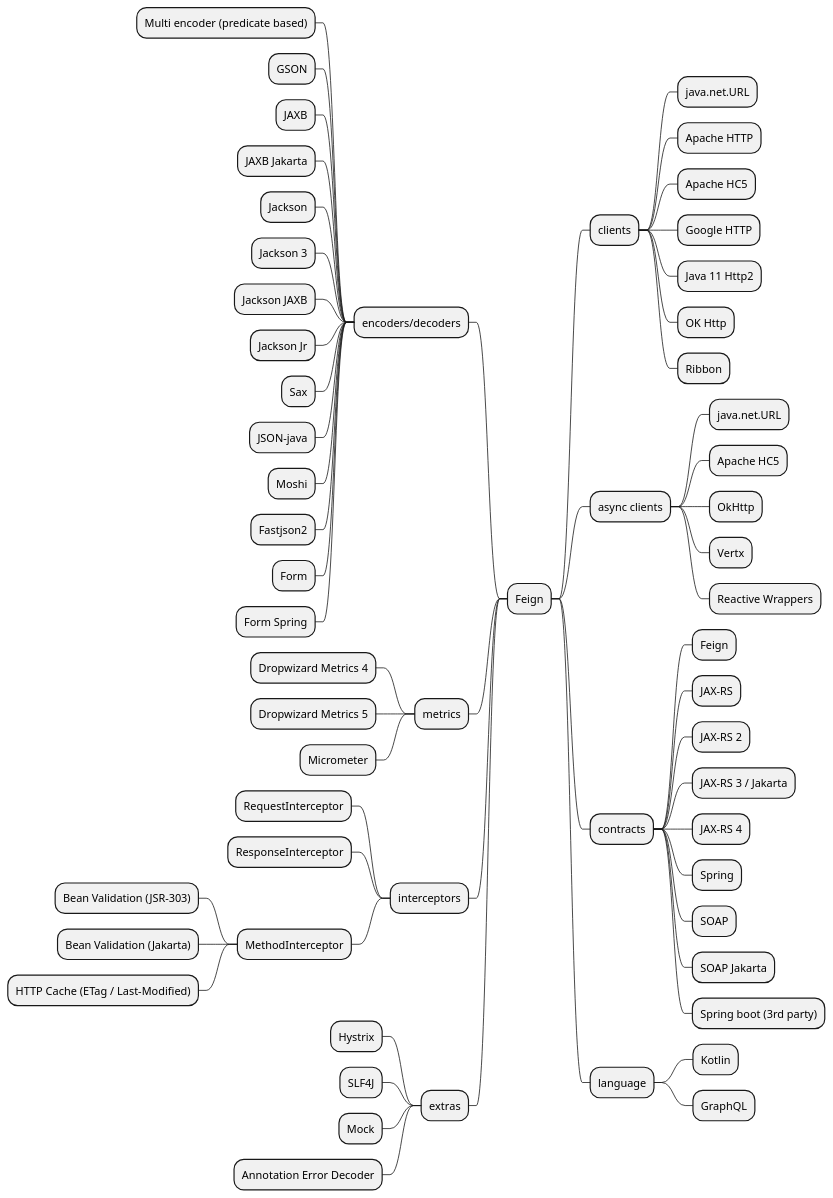
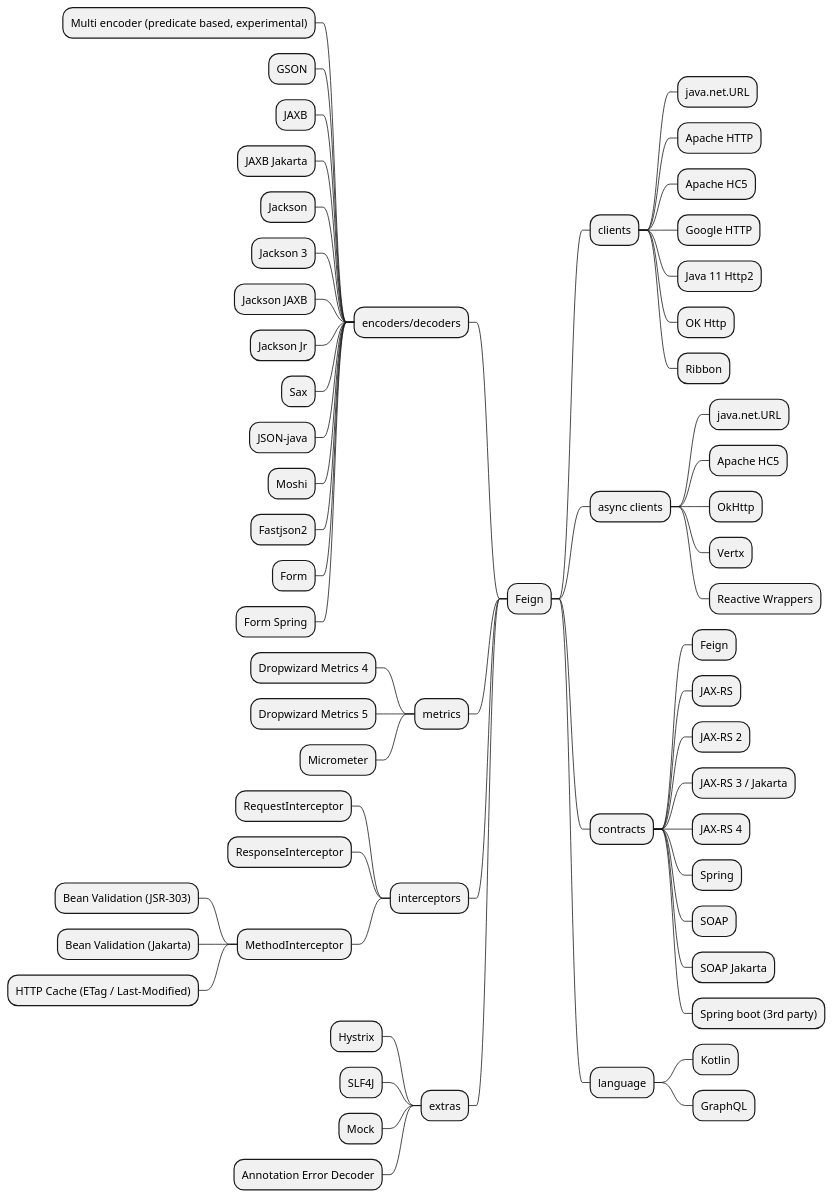
Before and after one commit to OpenFeign/feign: the diagram in src/docs/overview-mindmap.iuml, drawn with PlantUML. The commit also changed 7 other files, not shown here.

Commit message:
Mark the multi-encoder API as experimental

```diff
--- a/src/docs/overview-mindmap.iuml
+++ b/src/docs/overview-mindmap.iuml
@@ -1,64 +1,64 @@
 @startmindmap
 * Feign
 ** clients
 *** java.net.URL
 *** Apache HTTP
 *** Apache HC5
 *** Google HTTP
 *** Java 11 Http2
 *** OK Http
 *** Ribbon
 ** async clients
 *** java.net.URL
 *** Apache HC5
 *** OkHttp
 *** Vertx
 *** Reactive Wrappers
 ** contracts
 *** Feign
 *** JAX-RS
 *** JAX-RS 2
 *** JAX-RS 3 / Jakarta
 *** JAX-RS 4
 *** Spring
 *** SOAP
 *** SOAP Jakarta
 *** Spring boot (3rd party)
 ** language
 *** Kotlin
 *** GraphQL
 
 left side
 
 ** encoders/decoders
-*** Multi encoder (predicate based)
+*** Multi encoder (predicate based, experimental)
 *** GSON
 *** JAXB
 *** JAXB Jakarta
 *** Jackson
 *** Jackson 3
 *** Jackson JAXB
 *** Jackson Jr
 *** Sax
 *** JSON-java
 *** Moshi
 *** Fastjson2
 *** Form
 *** Form Spring
 ** metrics
 *** Dropwizard Metrics 4
 *** Dropwizard Metrics 5
 *** Micrometer
 ** interceptors
 *** RequestInterceptor
 *** ResponseInterceptor
 *** MethodInterceptor
 **** Bean Validation (JSR-303)
 **** Bean Validation (Jakarta)
 **** HTTP Cache (ETag / Last-Modified)
 ** extras
 *** Hystrix
 *** SLF4J
 *** Mock
 *** Annotation Error Decoder
 @endmindmap
```
